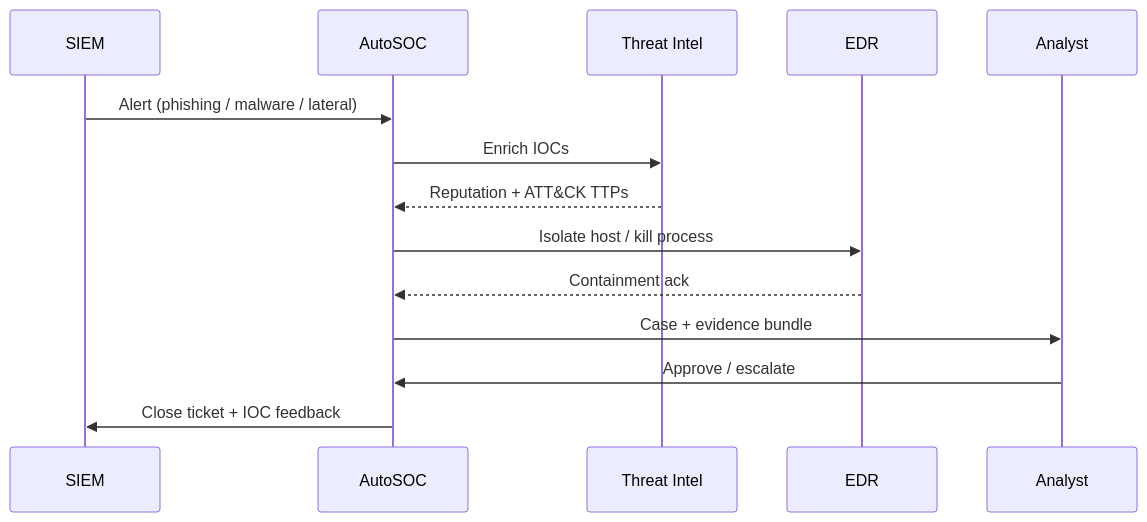
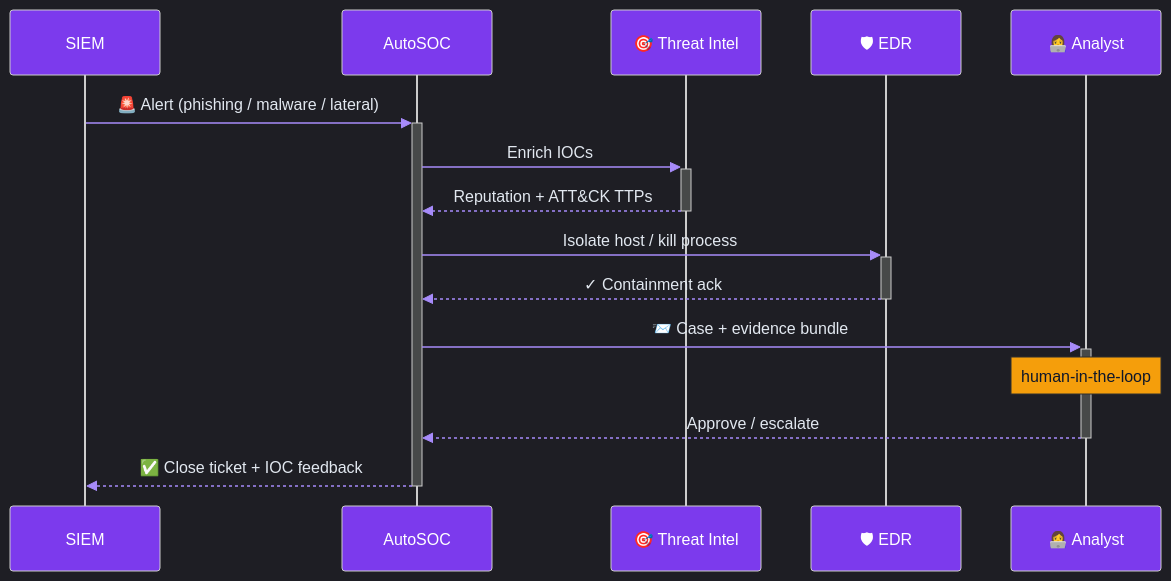
Before and after one commit to lloredia/lloredia: the fourth of 5 diagrams in README.md, drawn with Mermaid. The commit also changed other lines of this file, not shown here.

First line of the commit message:
Add animated header, ASCII figlet, SOC dashboard, themed mermaid

````diff
--- a/README.md
+++ b/README.md
@@ -270,16 +337,18 @@
 ```mermaid
+%%{init: {'theme':'dark','themeVariables':{'primaryColor':'#1E293B','primaryTextColor':'#E2E8F0','actorBkg':'#7C3AED','actorTextColor':'#fff','signalColor':'#A78BFA','signalTextColor':'#E2E8F0','noteBkgColor':'#F59E0B','noteTextColor':'#0F172A','fontFamily':'Fira Code'}}}%%
 sequenceDiagram
     participant SIEM
     participant AutoSOC
-    participant TI as Threat Intel
-    participant EDR
-    participant Analyst
-    SIEM->>AutoSOC: Alert (phishing / malware / lateral)
-    AutoSOC->>TI: Enrich IOCs
-    TI-->>AutoSOC: Reputation + ATT&CK TTPs
-    AutoSOC->>EDR: Isolate host / kill process
-    EDR-->>AutoSOC: Containment ack
-    AutoSOC->>Analyst: Case + evidence bundle
-    Analyst->>AutoSOC: Approve / escalate
-    AutoSOC->>SIEM: Close ticket + IOC feedback
+    participant TI as 🎯 Threat Intel
+    participant EDR as 🛡 EDR
+    participant Analyst as 👩‍💻 Analyst
+    SIEM->>+AutoSOC: 🚨 Alert (phishing / malware / lateral)
+    AutoSOC->>+TI: Enrich IOCs
+    TI-->>-AutoSOC: Reputation + ATT&CK TTPs
+    AutoSOC->>+EDR: Isolate host / kill process
+    EDR-->>-AutoSOC: ✓ Containment ack
+    AutoSOC->>+Analyst: 📨 Case + evidence bundle
+    Note over Analyst: human-in-the-loop
+    Analyst-->>-AutoSOC: Approve / escalate
+    AutoSOC-->>-SIEM: ✅ Close ticket + IOC feedback
 ```
````
